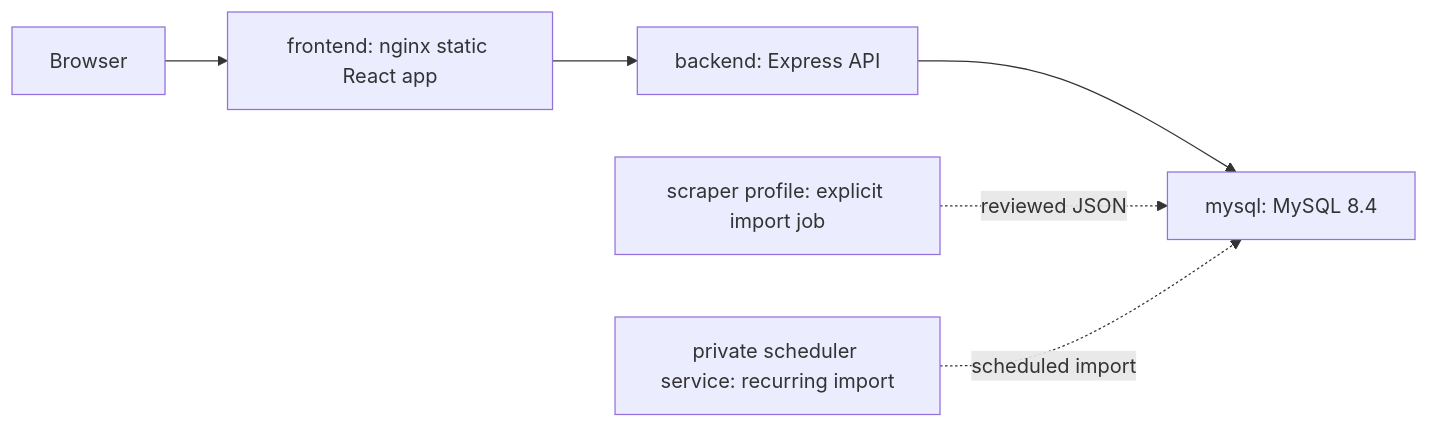
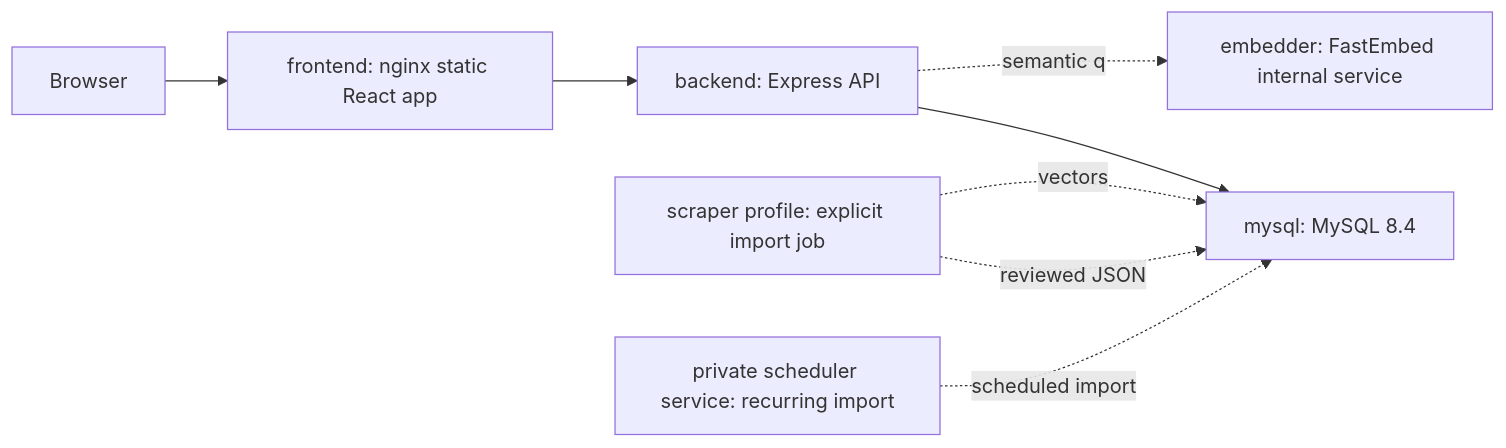
Before and after one commit to ChaddBrenner/ElonMealsDB: the first of 2 diagrams in docs/architecture.md, drawn with Mermaid. The commit also changed other lines of this file and 41 other files, not shown here.

````diff
--- a/docs/architecture.md
+++ b/docs/architecture.md
@@ -5,8 +5,10 @@
 ```mermaid
 flowchart LR
   Browser["Browser"] --> Frontend["frontend: nginx static React app"]
   Frontend --> Backend["backend: Express API"]
   Backend --> MySQL["mysql: MySQL 8.4"]
+  Backend -. semantic q .-> Embedder["embedder: FastEmbed internal service"]
   Scraper["scraper profile: explicit import job"] -. reviewed JSON .-> MySQL
   Scheduler["private scheduler service: recurring import"] -. scheduled import .-> MySQL
+  Scraper -. vectors .-> MySQL
 ```
````
